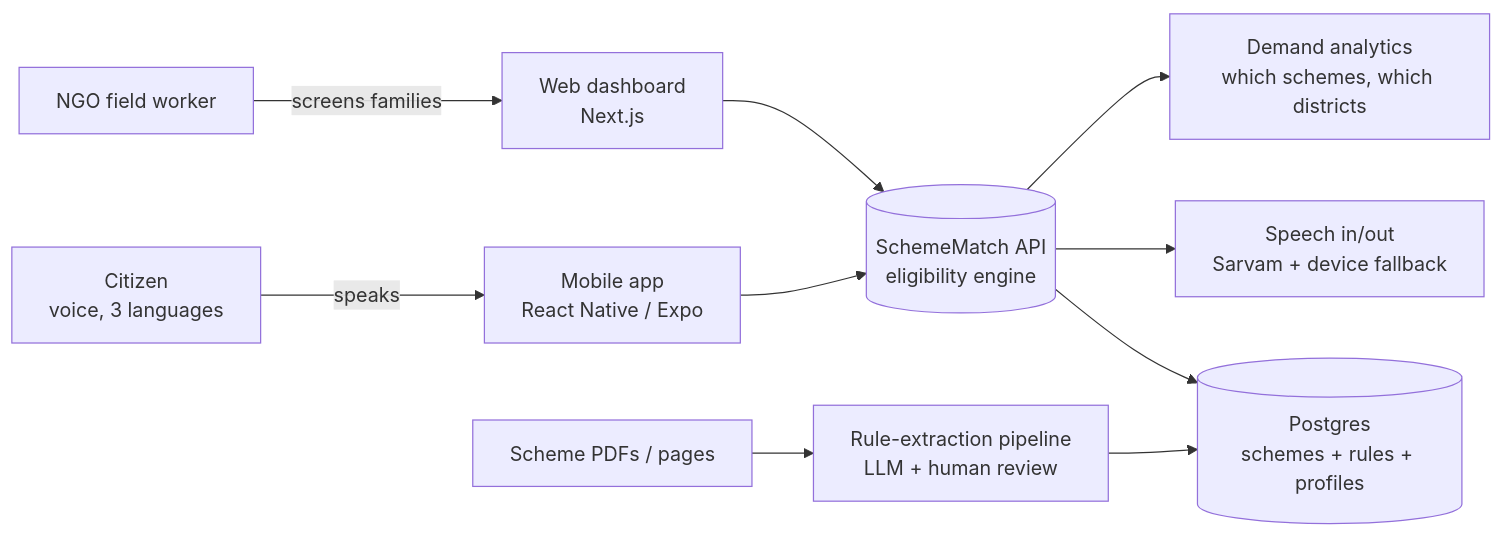
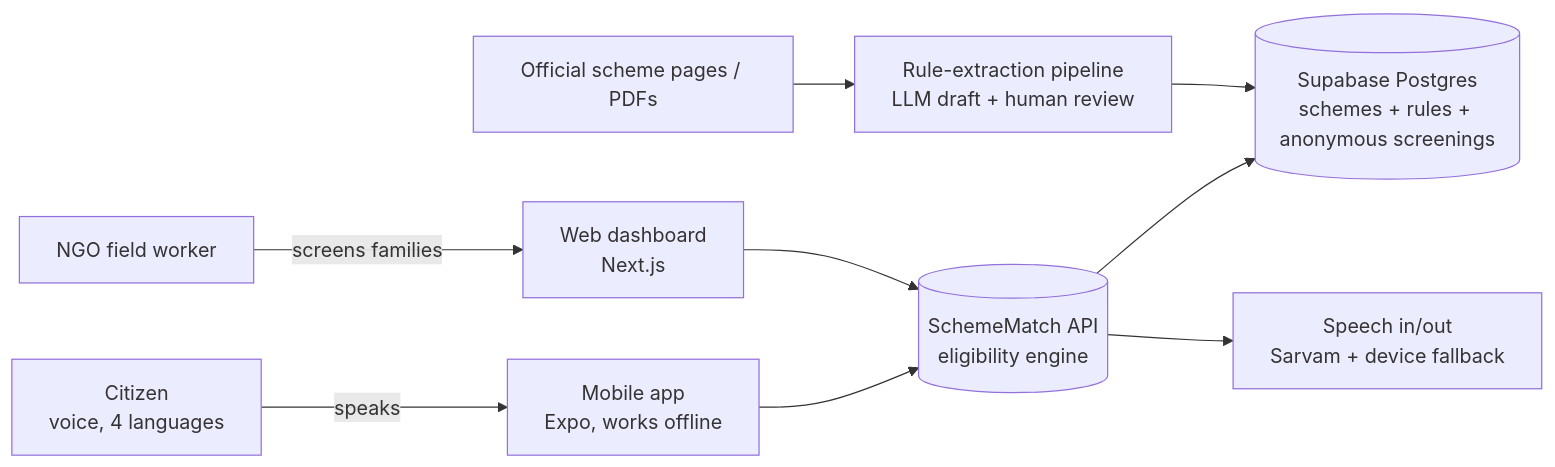
Before and after one commit to Zakuroooo/SchemeMatch: the second of 2 diagrams in docs/00-README.md, drawn with Mermaid. The commit also changed other lines of this file, not shown here.

````diff
--- a/docs/00-README.md
+++ b/docs/00-README.md
@@ -19,12 +41,11 @@
 ```mermaid
 flowchart LR
-    U[Citizen<br/>voice, 3 languages] -->|speaks| APP[Mobile app<br/>React Native / Expo]
+    U[Citizen<br/>voice, 4 languages] -->|speaks| APP[Mobile app<br/>Expo, works offline]
     W[NGO field worker] -->|screens families| WEB[Web dashboard<br/>Next.js]
     APP --> API[(SchemeMatch API<br/>eligibility engine)]
     WEB --> API
-    API --> DB[(Postgres<br/>schemes + rules + profiles)]
-    PDF[Scheme PDFs / pages] --> PIPE[Rule-extraction pipeline<br/>LLM + human review]
+    API --> DB[(Supabase Postgres<br/>schemes + rules + anonymous screenings)]
+    SRC[Official scheme pages / PDFs] --> PIPE[Rule-extraction pipeline<br/>LLM draft + human review]
     PIPE --> DB
     API --> VOICE[Speech in/out<br/>Sarvam + device fallback]
-    API --> DASH[Demand analytics<br/>which schemes, which districts]
 ```
````
